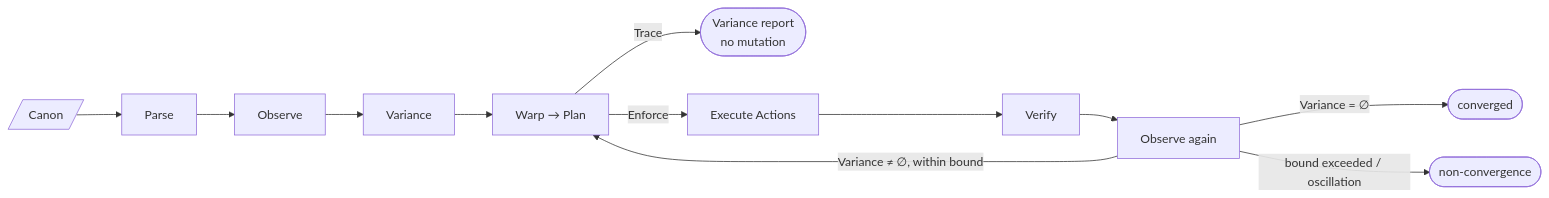
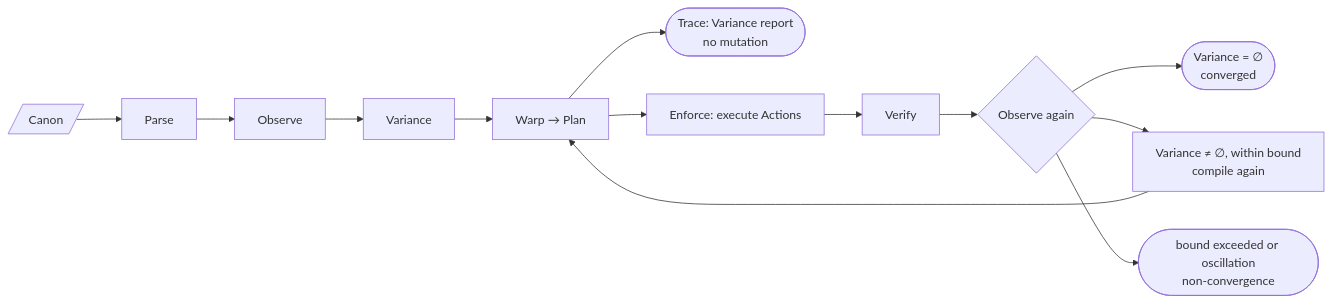
Before and after one commit to kmosoti/Nomos: the second of 8 diagrams in docs/architecture/runtime.md, drawn with Mermaid. The commit also changed other lines of this file and 7 other files, not shown here.

First line of the commit message:
Fix Mermaid diagrams that fail to render on GitHub

````diff
--- a/docs/architecture/runtime.md
+++ b/docs/architecture/runtime.md
@@ -22,9 +22,9 @@
 ```mermaid
 flowchart LR
     C[/"Canon"/] --> Parse --> Observe --> Diff["Variance"] --> Compile["Warp → Plan"]
-    Compile -->|Trace| Report(["Variance report<br/>no mutation"])
-    Compile -->|Enforce| Execute["Execute Actions"] --> Verify --> Observe2["Observe again"]
-    Observe2 -->|"Variance = ∅"| Converged(["converged"])
-    Observe2 -->|"Variance ≠ ∅, within bound"| Compile
-    Observe2 -->|"bound exceeded / oscillation"| NC(["non-convergence"])
+    Compile --> Report(["Trace: Variance report<br/>no mutation"])
+    Compile --> Execute["Enforce: execute Actions"] --> Verify --> Observe2{"Observe again"}
+    Observe2 --> Converged(["Variance = ∅<br/>converged"])
+    Observe2 --> Again["Variance ≠ ∅, within bound<br/>compile again"] --> Compile
+    Observe2 --> NC(["bound exceeded or oscillation<br/>non-convergence"])
 ```
````
